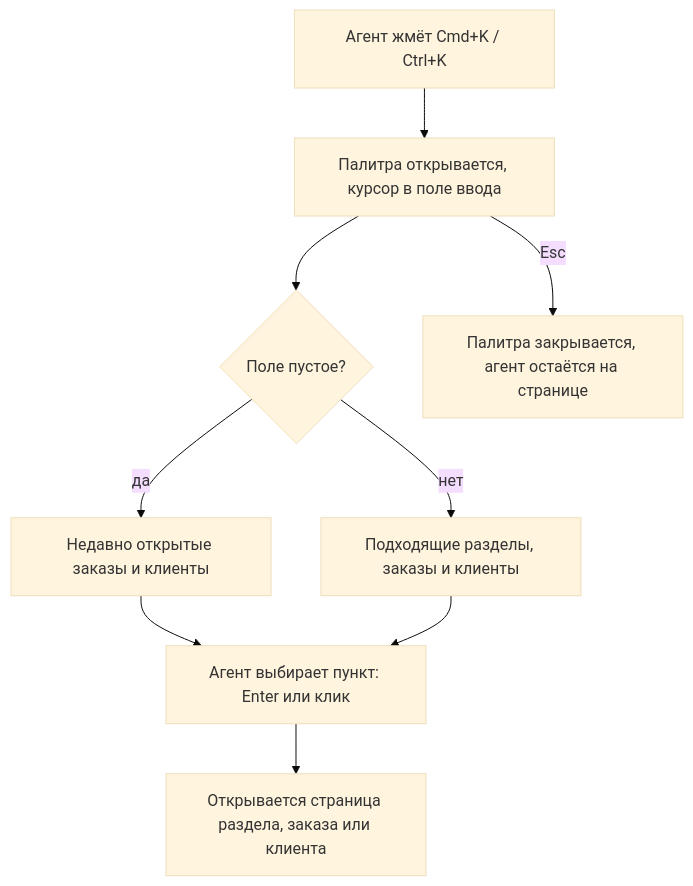
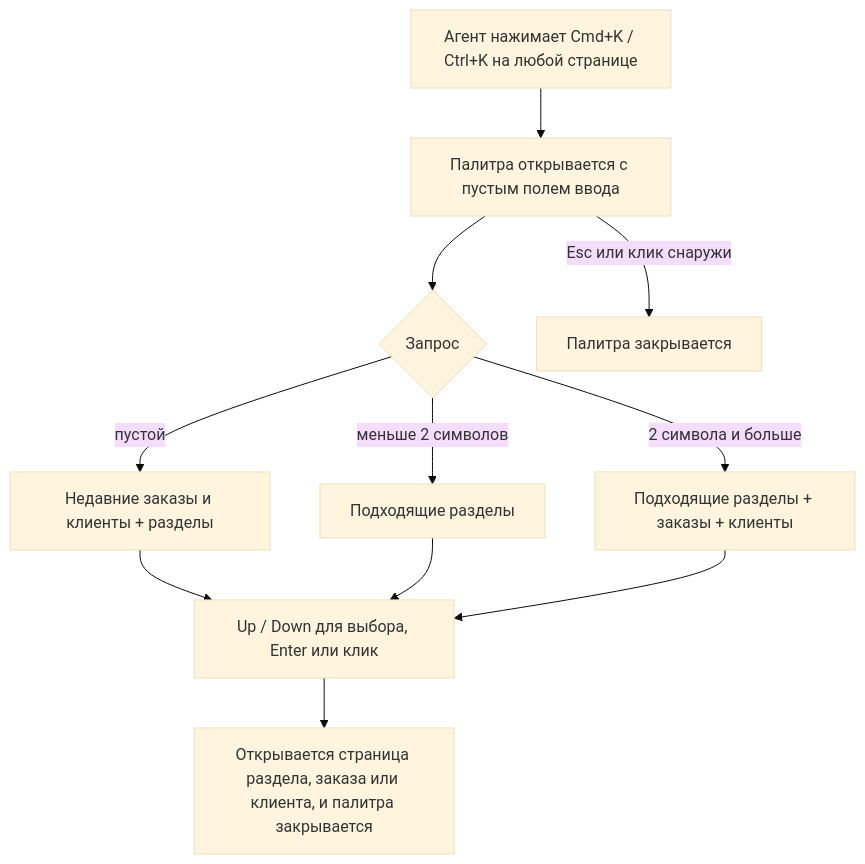
Before and after one commit to fedorovsky/docs: the diagram in playground/app/docs/features/command-palette/ru/prd.md, drawn with Mermaid (base theme). The commit also changed other lines of this file and 11 other files, not shown here.

````diff
--- a/playground/app/docs/features/command-palette/ru/prd.md
+++ b/playground/app/docs/features/command-palette/ru/prd.md
@@ -46,11 +49,13 @@
 ```mermaid
 flowchart TD
-  A[Агент жмёт Cmd+K / Ctrl+K] --> B[Палитра открывается, курсор в поле ввода]
-  B --> C{Поле пустое?}
-  C -- да --> D[Недавно открытые заказы и клиенты]
-  C -- нет --> E[Подходящие разделы, заказы и клиенты]
-  D --> F[Агент выбирает пункт: Enter или клик]
-  E --> F
-  F --> G[Открывается страница раздела, заказа или клиента]
-  B -- Esc --> H[Палитра закрывается, агент остаётся на странице]
+  A[Агент нажимает Cmd+K / Ctrl+K на любой странице] --> B[Палитра открывается с пустым полем ввода]
+  B --> C{Запрос}
+  C -- пустой --> D[Недавние заказы и клиенты + разделы]
+  C -- меньше 2 символов --> E[Подходящие разделы]
+  C -- 2 символа и больше --> F[Подходящие разделы + заказы + клиенты]
+  D --> G[Up / Down для выбора, Enter или клик]
+  E --> G
+  F --> G
+  G --> H[Открывается страница раздела, заказа или клиента, и палитра закрывается]
+  B -- Esc или клик снаружи --> I[Палитра закрывается]
 ```
````
